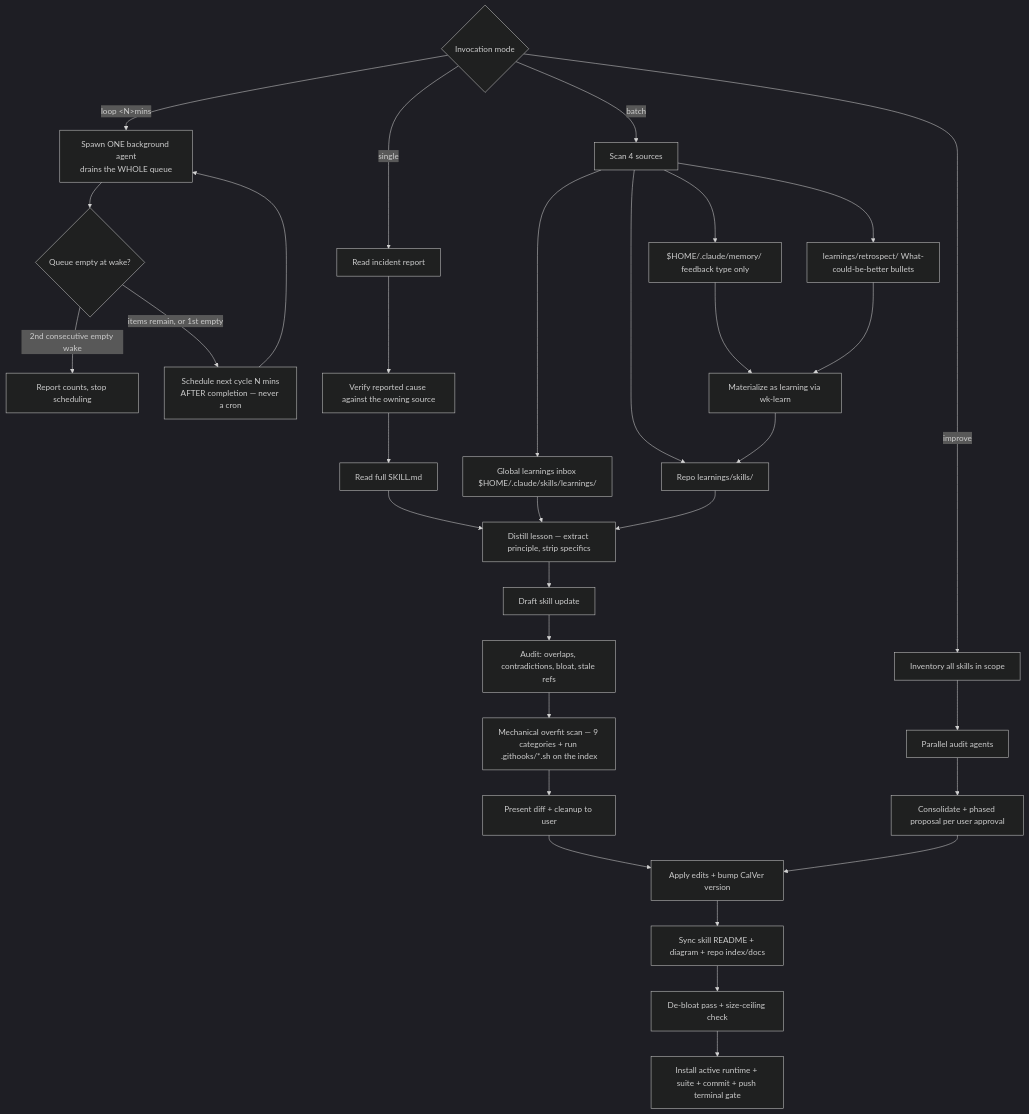
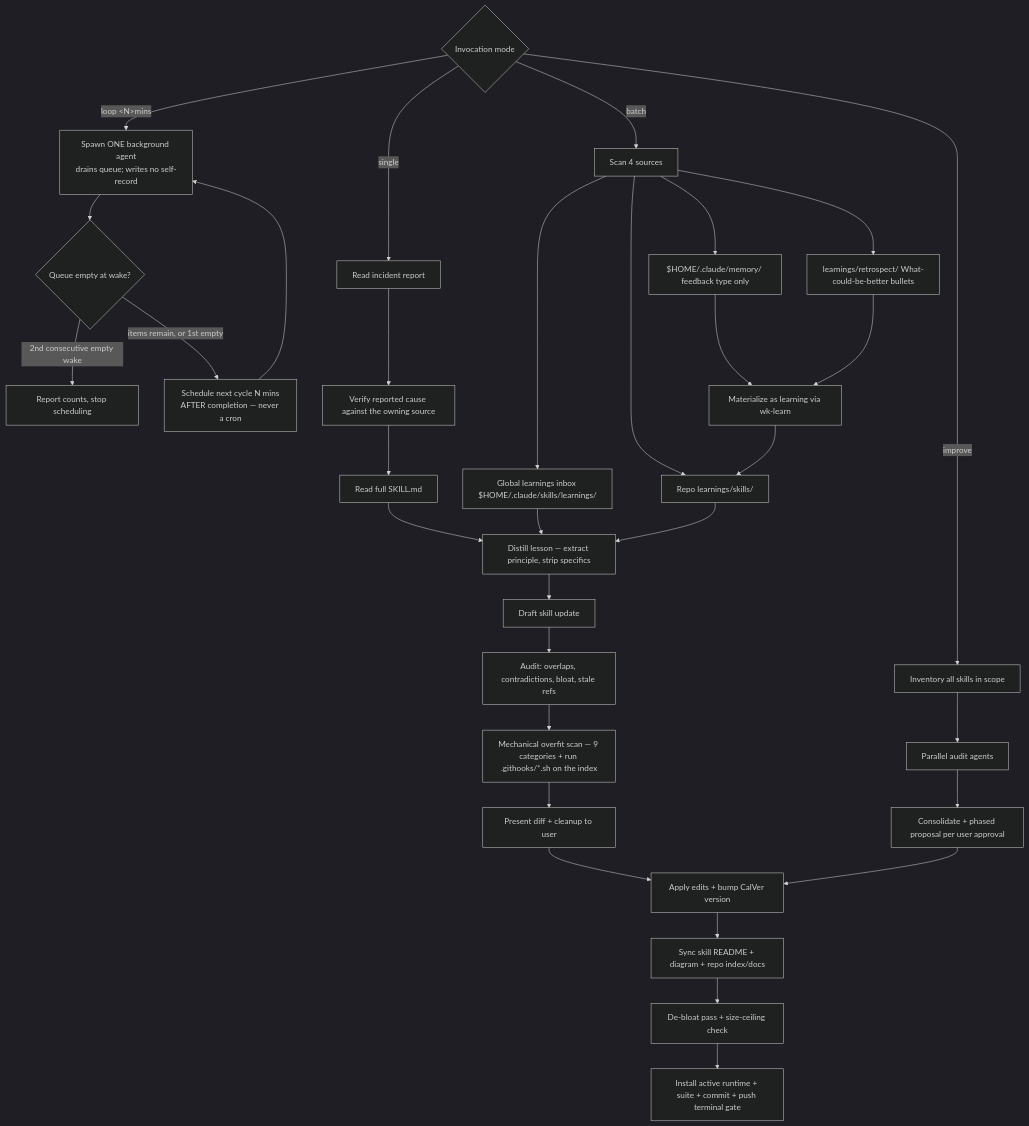
One commit to whizzzkid/skills changed the diagram in skills/sharpen/README.md. Above: the diagram before and after it, drawn with Mermaid (dark theme). The commit also changed other lines of this file and 3 other files, not shown here.

````diff
--- a/skills/sharpen/README.md
+++ b/skills/sharpen/README.md
@@ -16,33 +16,33 @@
 ```mermaid
 flowchart TD
     A{Invocation mode} -->|single| B[Read incident report]
     A -->|batch| G[Scan 4 sources]
     A -->|improve| K[Inventory all skills in scope]
-    A -->|"loop &lt;N&gt;mins"| N1["Spawn ONE background agent<br/>drains the WHOLE queue"]
+    A -->|"loop &lt;N&gt;mins"| N1["Spawn ONE background agent<br/>drains queue; writes no self-record"]
     N1 --> N2{"Queue empty at wake?"}
     N2 -->|"2nd consecutive empty wake"| N4["Report counts, stop scheduling"]
     N2 -->|"items remain, or 1st empty"| N3["Schedule next cycle N mins<br/>AFTER completion — never a cron"]
     N3 --> N1
     B --> B2[Verify reported cause against the owning source]
     B2 --> C[Read full SKILL.md]
     C --> D[Distill lesson — extract principle, strip specifics]
     D --> E[Draft skill update]
     E --> F[Audit: overlaps, contradictions, bloat, stale refs]
     F --> F2[Mechanical overfit scan — 9 categories + run .githooks/*.sh on the index]
     F2 --> P[Present diff + cleanup to user]
     P --> Q[Apply edits + bump CalVer version]
     Q --> Q2[Sync skill README + diagram + repo index/docs]
     Q2 --> R[De-bloat pass + size-ceiling check]
     R --> S["Install active runtime + suite + commit + push terminal gate"]
     G --> G1[Global learnings inbox $HOME/.claude/skills/learnings/]
     G --> G2[Repo learnings/skills/]
     G --> G3[$HOME/.claude/memory/ feedback type only]
     G --> G4[learnings/retrospect/ What-could-be-better bullets]
     G3 --> GM[Materialize as learning via wk-learn]
     G4 --> GM
     GM --> G2
     G1 & G2 --> D
     K --> L[Parallel audit agents]
     L --> M[Consolidate + phased proposal per user approval]
     M --> Q
 ```
````
